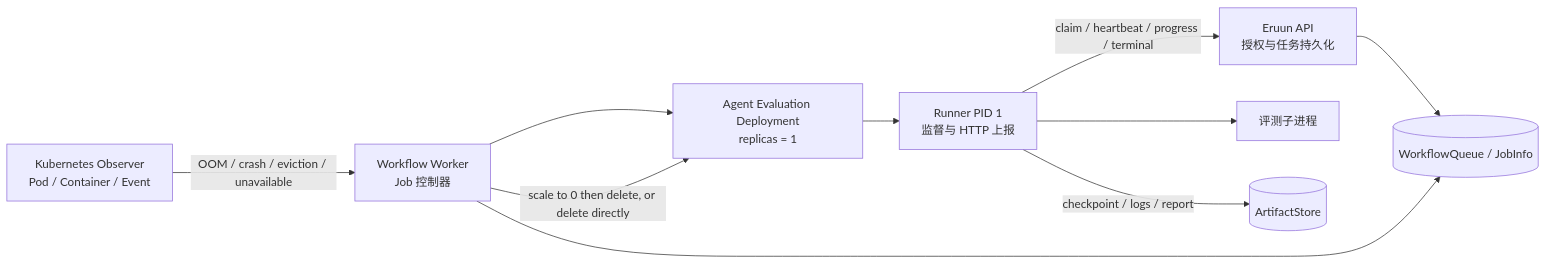
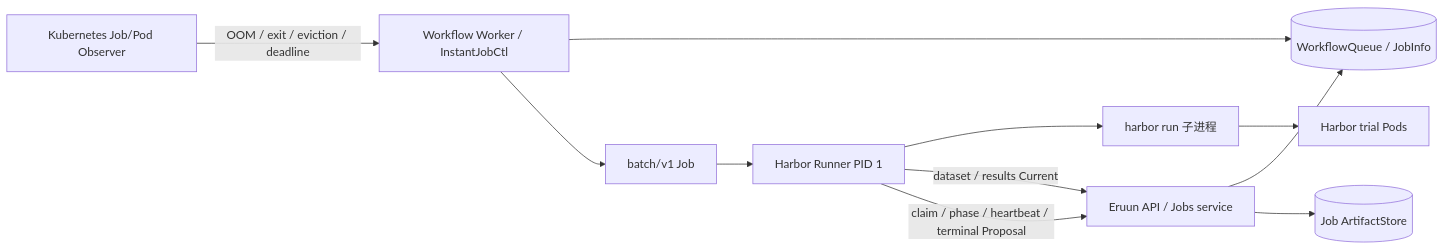
One commit to PixelCores/Eruun changed the diagram in docs/agent-evaluation-runner-service-design.md. Above: the diagram before and after it, drawn with Mermaid. The commit also changed other lines of this file and 4 other files, not shown here.

Commit message:
docs: align evaluation runner design with current jobs

````diff
--- a/docs/agent-evaluation-runner-service-design.md
+++ b/docs/agent-evaluation-runner-service-design.md
@@ -74,21 +72,23 @@
 ```mermaid
 flowchart LR
-    API[Eruun API\n授权与任务持久化]
-    Worker[Workflow Worker\nJob 控制器]
+    API[Eruun API / Jobs service]
     DB[(WorkflowQueue / JobInfo)]
-    Deploy[Agent Evaluation Deployment\nreplicas = 1]
-    Runner[Runner PID 1\n监督与 HTTP 上报]
-    Eval[评测子进程]
-    Artifact[(ArtifactStore)]
-    Observer[Kubernetes Observer\nPod / Container / Event]
+    Worker[Workflow Worker / InstantJobCtl]
+    Job[batch/v1 Job]
+    Runner[Harbor Runner PID 1]
+    Harbor[harbor run 子进程]
+    Trial[Harbor trial Pods]
+    Artifacts[(Job ArtifactStore)]
+    Observer[Kubernetes Job/Pod Observer]
 
     API --> DB
     Worker --> DB
-    Worker --> Deploy
-    Deploy --> Runner
-    Runner --> Eval
-    Runner -->|claim / heartbeat / progress / terminal| API
-    Runner -->|checkpoint / logs / report| Artifact
-    Observer -->|OOM / crash / eviction / unavailable| Worker
-    Worker -->|scale to 0 then delete, or delete directly| Deploy
+    Worker --> Job
+    Job --> Runner
+    Runner --> Harbor
+    Harbor --> Trial
+    Runner -->|dataset / results Current| API
+    Runner -->|claim / phase / heartbeat / terminal Proposal| API
+    API --> Artifacts
+    Observer -->|OOM / exit / eviction / deadline| Worker
 ```
````
